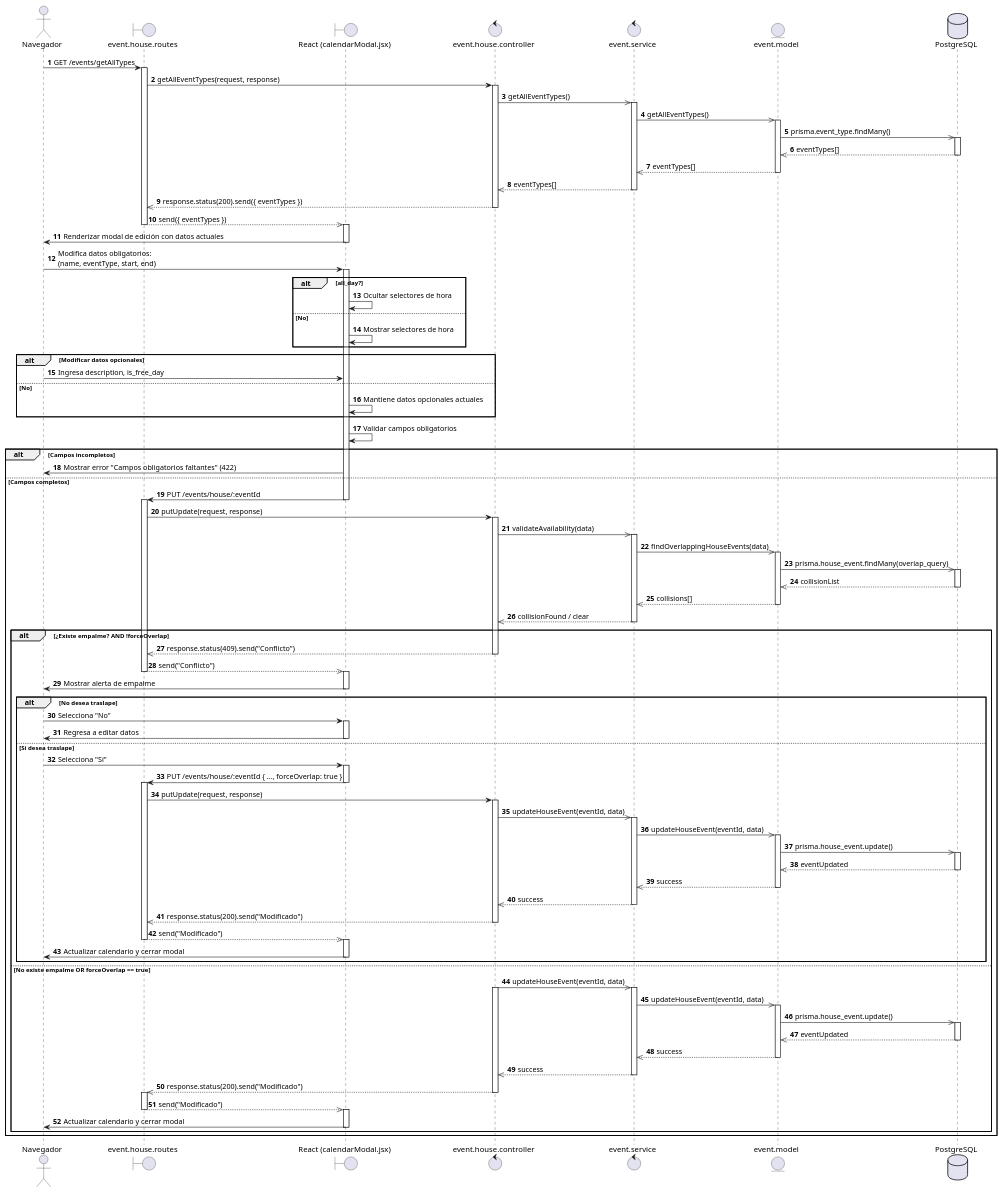
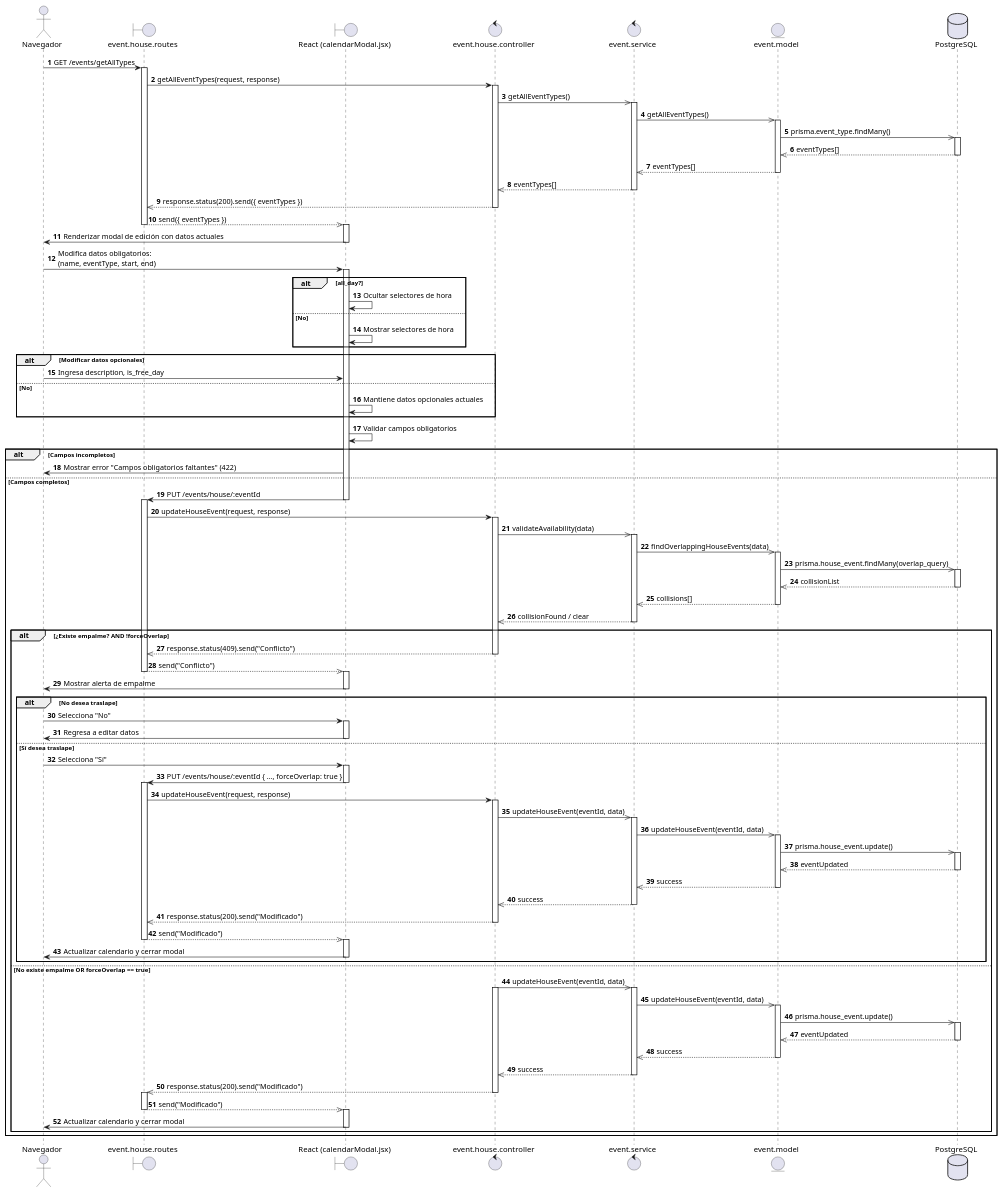
Before and after one commit to AztlanConsulting/RCHQ-Back: the diagram in diagrams/Sequence diagram/US81.puml, drawn with PlantUML.

Commit message:
docs(DS): Se cambia el nombre de la funcion del controller para coincidir con el codigo.

```diff
--- a/diagrams/Sequence diagram/US81.puml
+++ b/diagrams/Sequence diagram/US81.puml
@@ -1,172 +1,172 @@
 @startuml HU81 - Modificar evento de casa
 
 actor Navegador
 boundary "event.house.routes" as routes
 boundary "React (calendarModal.jsx)" as ReactView
 control "event.house.controller" as controller
 control event.service
 entity event.model
 database PostgreSQL
 
 autonumber
 
 Navegador -> routes : GET /events/getAllTypes
 deactivate ReactView
 activate routes
 
 routes -> controller : getAllEventTypes(request, response)
 activate controller
 
 controller ->> event.service : getAllEventTypes()
 activate event.service
 
 event.service ->> event.model : getAllEventTypes()
 activate event.model
 
 event.model ->> PostgreSQL : prisma.event_type.findMany()
 activate PostgreSQL
 PostgreSQL -->> event.model : eventTypes[]
 deactivate PostgreSQL
 
 event.model -->> event.service : eventTypes[]
 deactivate event.model
 event.service -->> controller : eventTypes[]
 deactivate event.service
 
 controller -->> routes : response.status(200).send({ eventTypes })
 deactivate controller
 routes -->> ReactView : send({ eventTypes })
 deactivate routes
 activate ReactView
 
 ReactView -> Navegador : Renderizar modal de edición con datos actuales
 deactivate ReactView
 Navegador -> ReactView : Modifica datos obligatorios:\n(name, eventType, start, end)
 activate ReactView
 alt all_day?
     ReactView -> ReactView : Ocultar selectores de hora
 else No
     ReactView -> ReactView : Mostrar selectores de hora
 end
 
 alt Modificar datos opcionales
     Navegador -> ReactView : Ingresa description, is_free_day
 else No
     ReactView -> ReactView : Mantiene datos opcionales actuales
 end
 
 ReactView -> ReactView : Validar campos obligatorios
 
 alt Campos incompletos
     ReactView -> Navegador : Mostrar error "Campos obligatorios faltantes" (422)
 
 else Campos completos
     ReactView -> routes : PUT /events/house/:eventId
     deactivate ReactView
     activate routes
 
-    routes -> controller : putUpdate(request, response)
+    routes -> controller : updateHouseEvent(request, response)
     activate controller
 
     controller ->> event.service : validateAvailability(data)
     activate event.service
 
     event.service ->> event.model : findOverlappingHouseEvents(data)
     activate event.model
 
     event.model ->> PostgreSQL : prisma.house_event.findMany(overlap_query)
     activate PostgreSQL
     PostgreSQL -->> event.model : collisionList
     deactivate PostgreSQL
 
     event.model -->> event.service : collisions[]
     deactivate event.model
     event.service -->> controller : collisionFound / clear
     deactivate event.service
 
     alt ¿Existe empalme? AND !forceOverlap
         controller -->> routes : response.status(409).send("Conflicto")
         deactivate controller
 
         routes -->> ReactView : send("Conflicto")
         deactivate routes
         activate ReactView
 
         ReactView -> Navegador : Mostrar alerta de empalme
         deactivate ReactView
 
         alt No desea traslape
             Navegador -> ReactView : Selecciona "No"
             activate ReactView
             ReactView -> Navegador : Regresa a editar datos
             deactivate ReactView
         else Sí desea traslape
             Navegador -> ReactView : Selecciona "Sí"
             activate ReactView
 
             ReactView -> routes : PUT /events/house/:eventId { ..., forceOverlap: true }
             deactivate ReactView
             activate routes
 
-            routes -> controller : putUpdate(request, response)
+            routes -> controller : updateHouseEvent(request, response)
             activate controller
 
             controller ->> event.service : updateHouseEvent(eventId, data)
             activate event.service
 
             event.service ->> event.model : updateHouseEvent(eventId, data)
             activate event.model
 
             event.model ->> PostgreSQL : prisma.house_event.update()
             activate PostgreSQL
             PostgreSQL -->> event.model : eventUpdated
             deactivate PostgreSQL
 
             event.model -->> event.service : success
             deactivate event.model
             event.service -->> controller : success
             deactivate event.service
 
             controller -->> routes : response.status(200).send("Modificado")
             deactivate controller
 
             routes -->> ReactView : send("Modificado")
             deactivate routes
             activate ReactView
 
             ReactView -> Navegador : Actualizar calendario y cerrar modal
             deactivate ReactView
         end
 
     else No existe empalme OR forceOverlap == true
         controller ->> event.service : updateHouseEvent(eventId, data)
         activate controller
         activate event.service
 
         event.service ->> event.model : updateHouseEvent(eventId, data)
         activate event.model
 
         event.model ->> PostgreSQL : prisma.house_event.update()
         activate PostgreSQL
         PostgreSQL -->> event.model : eventUpdated
         deactivate PostgreSQL
 
         event.model -->> event.service : success
         deactivate event.model
         event.service -->> controller : success
         deactivate event.service
 
         controller -->> routes : response.status(200).send("Modificado")
         deactivate controller
         activate routes
 
         routes -->> ReactView : send("Modificado")
         deactivate routes
         activate ReactView
 
         ReactView -> Navegador : Actualizar calendario y cerrar modal
         deactivate ReactView
     end
 end
 
 @enduml
```
